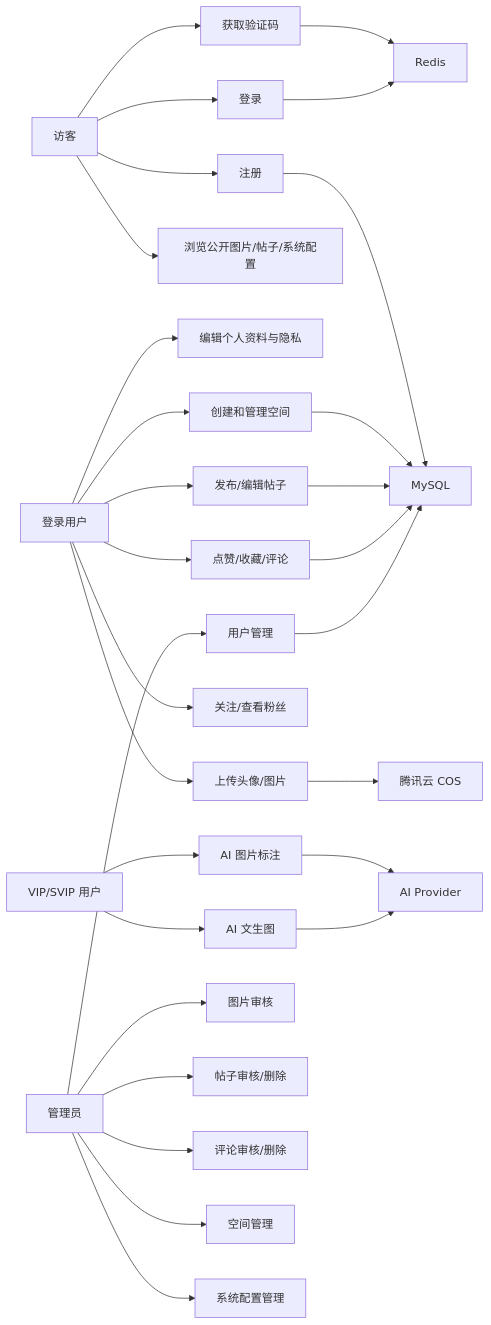
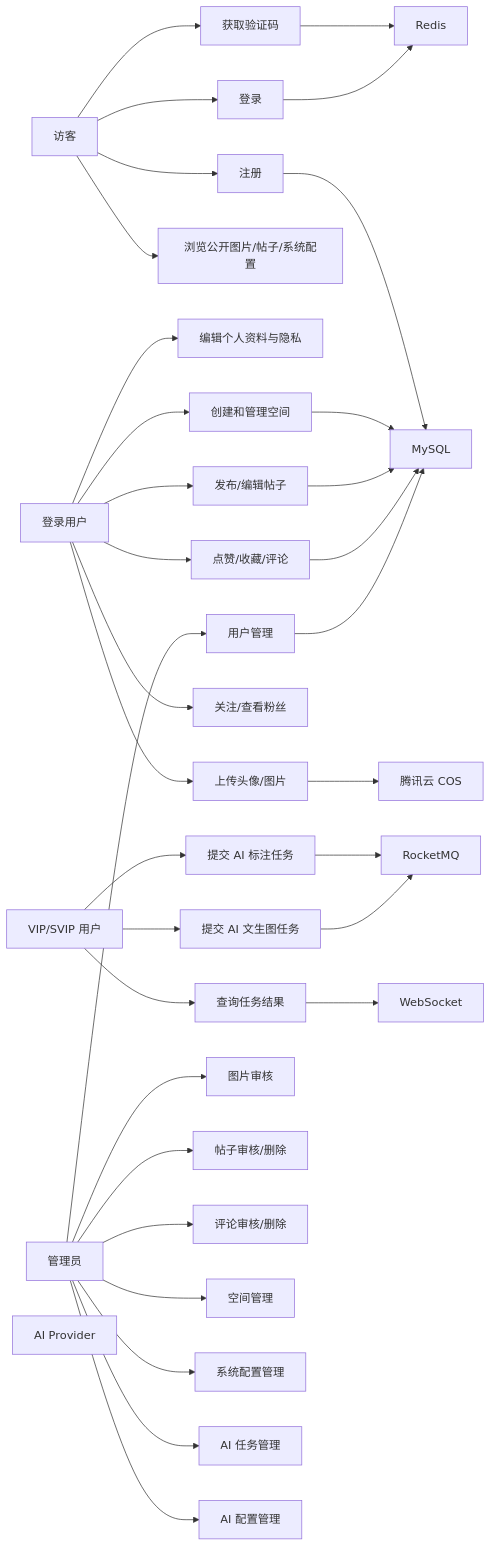
One commit to FishDuM/AI.Image.Material.Collaboration.Platform changed the first of 8 diagrams in model/uml_diagrams.md. Above: the diagram before and after it, drawn with Mermaid. The commit also changed other lines of this file and 2 other files, not shown here.

````diff
--- a/model/uml_diagrams.md
+++ b/model/uml_diagrams.md
@@ -22,44 +24,50 @@
 ```mermaid
 flowchart LR
     Guest["访客"]
     User["登录用户"]
     Vip["VIP/SVIP 用户"]
     Admin["管理员"]
     Redis["Redis"]
     COS["腾讯云 COS"]
     AI["AI Provider"]
     DB["MySQL"]
+    MQ["RocketMQ"]
+    WS["WebSocket"]
 
     Guest --> UC1["获取验证码"]
     Guest --> UC2["注册"]
     Guest --> UC3["登录"]
     Guest --> UC4["浏览公开图片/帖子/系统配置"]
 
     User --> UC5["编辑个人资料与隐私"]
     User --> UC6["上传头像/图片"]
     User --> UC7["创建和管理空间"]
     User --> UC8["发布/编辑帖子"]
     User --> UC9["点赞/收藏/评论"]
     User --> UC10["关注/查看粉丝"]
 
-    Vip --> UC11["AI 图片标注"]
-    Vip --> UC12["AI 文生图"]
+    Vip --> UC11["提交 AI 标注任务"]
+    Vip --> UC12["提交 AI 文生图任务"]
+    Vip --> UC13["查询任务结果"]
 
-    Admin --> UC13["用户管理"]
-    Admin --> UC14["图片审核"]
-    Admin --> UC15["帖子审核/删除"]
-    Admin --> UC16["评论审核/删除"]
-    Admin --> UC17["空间管理"]
-    Admin --> UC18["系统配置管理"]
+    Admin --> UC14["用户管理"]
+    Admin --> UC15["图片审核"]
+    Admin --> UC16["帖子审核/删除"]
+    Admin --> UC17["评论审核/删除"]
+    Admin --> UC18["空间管理"]
+    Admin --> UC19["系统配置管理"]
+    Admin --> UC20["AI 任务管理"]
+    Admin --> UC21["AI 配置管理"]
 
     UC1 --> Redis
     UC3 --> Redis
     UC6 --> COS
-    UC11 --> AI
-    UC12 --> AI
+    UC11 --> MQ
+    UC12 --> MQ
+    UC13 --> WS
     UC2 --> DB
     UC7 --> DB
     UC8 --> DB
     UC9 --> DB
-    UC13 --> DB
+    UC14 --> DB
 ```
````
